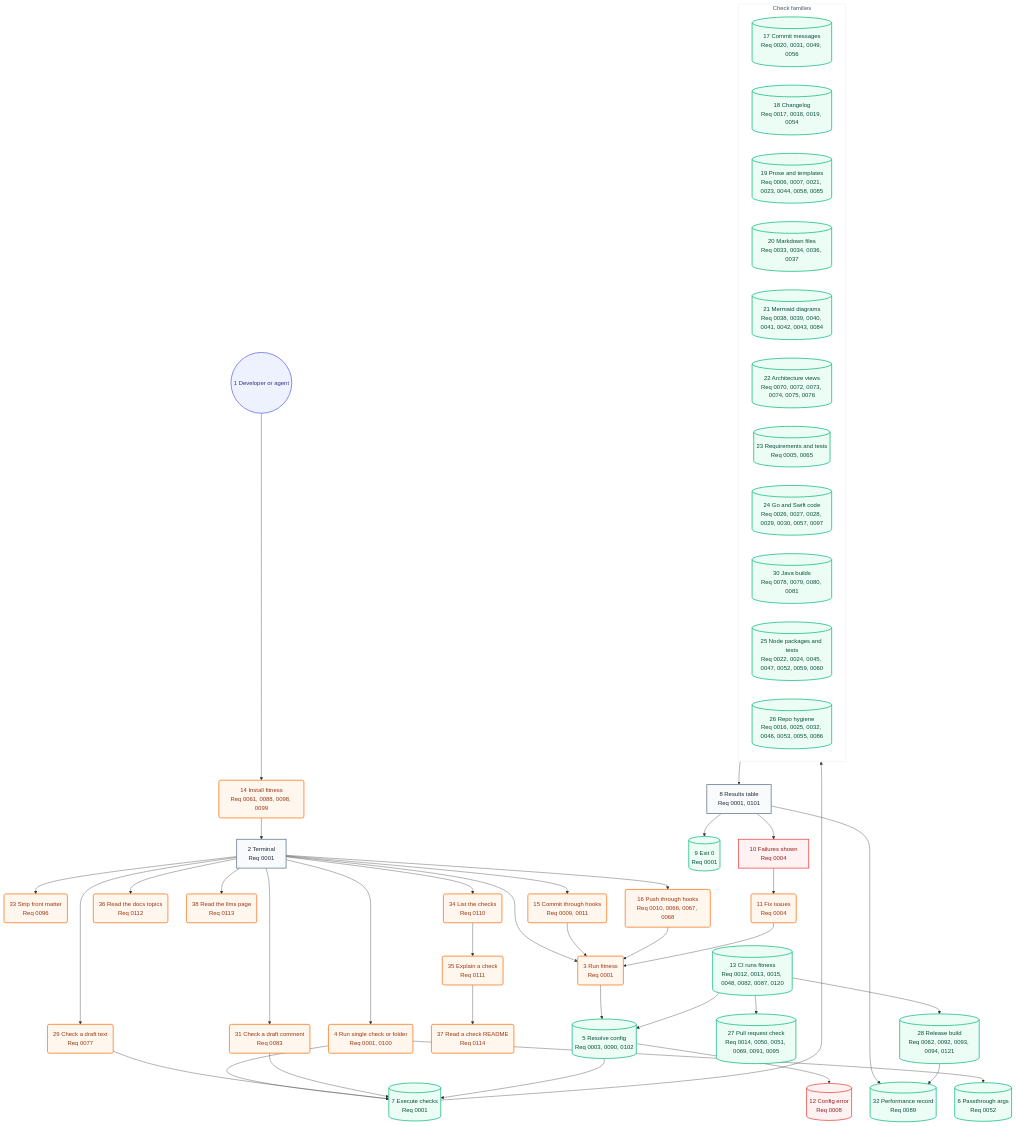
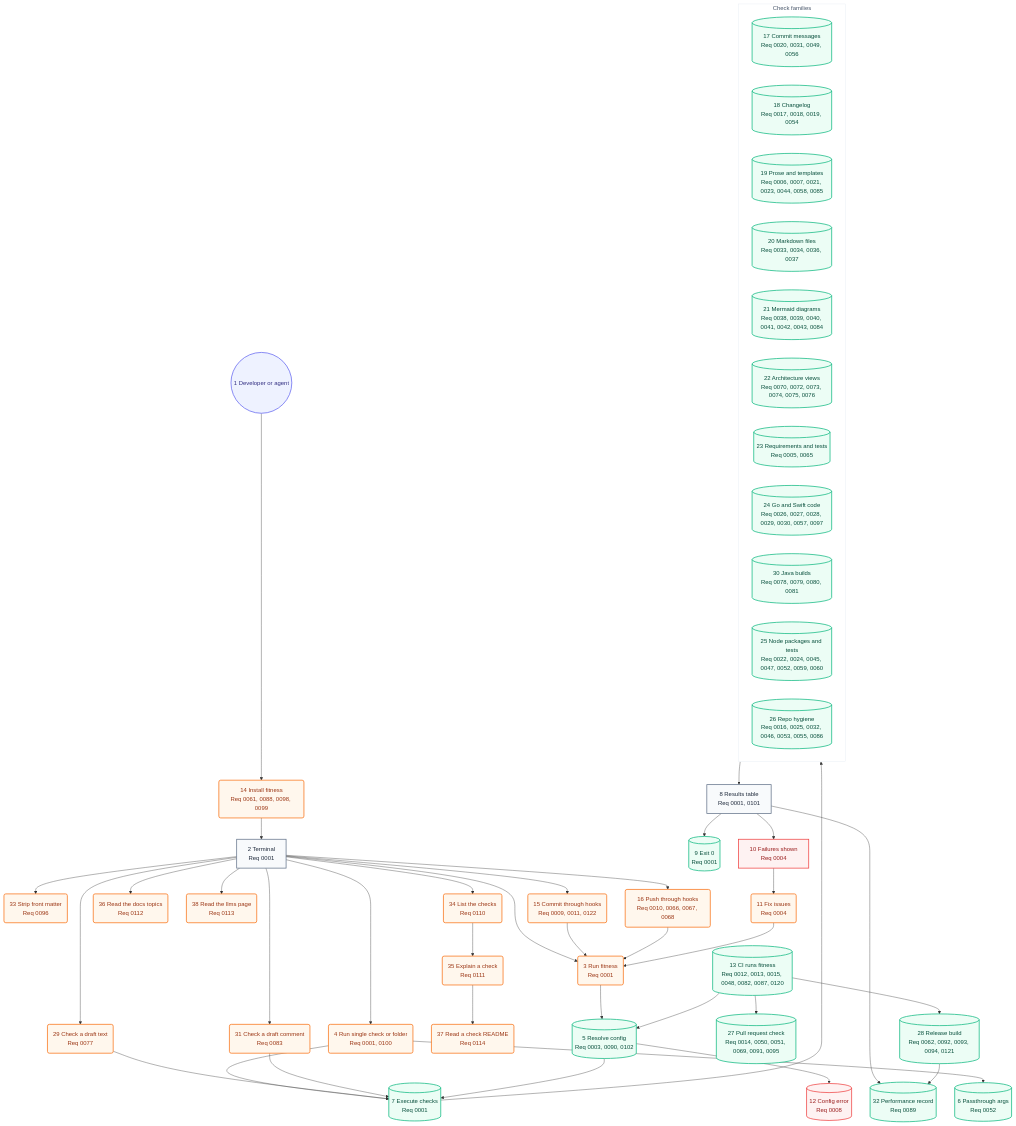
The second of 2 diagrams in docs/architecture/05-user-journey.md (may-journal/fitness-runner), drawn with Mermaid before and after one commit. The commit also changed 8 other files, not shown here.

First line of the commit message:
feat(hooks): repair a stale core.hooksPath at the next commit (#649)

```diff
--- a/docs/architecture/05-user-journey.md
+++ b/docs/architecture/05-user-journey.md
@@ -52,7 +52,7 @@
     readDocs(36 Read the docs topics<br/>Req 0112):::action
     readReadme(37 Read a check README<br/>Req 0114):::action
     readLLMs(38 Read the llms page<br/>Req 0113):::action
-    commitHook(15 Commit through hooks<br/>Req 0009, 0011):::action
+    commitHook(15 Commit through hooks<br/>Req 0009, 0011, 0122):::action
     pushHook(16 Push through hooks<br/>Req 0010, 0066, 0067, 0068):::action
     resolveConfig[(5 Resolve config<br/>Req 0003, 0090, 0102)]:::system
     passArgs[(6 Passthrough args<br/>Req 0052)]:::system
```
